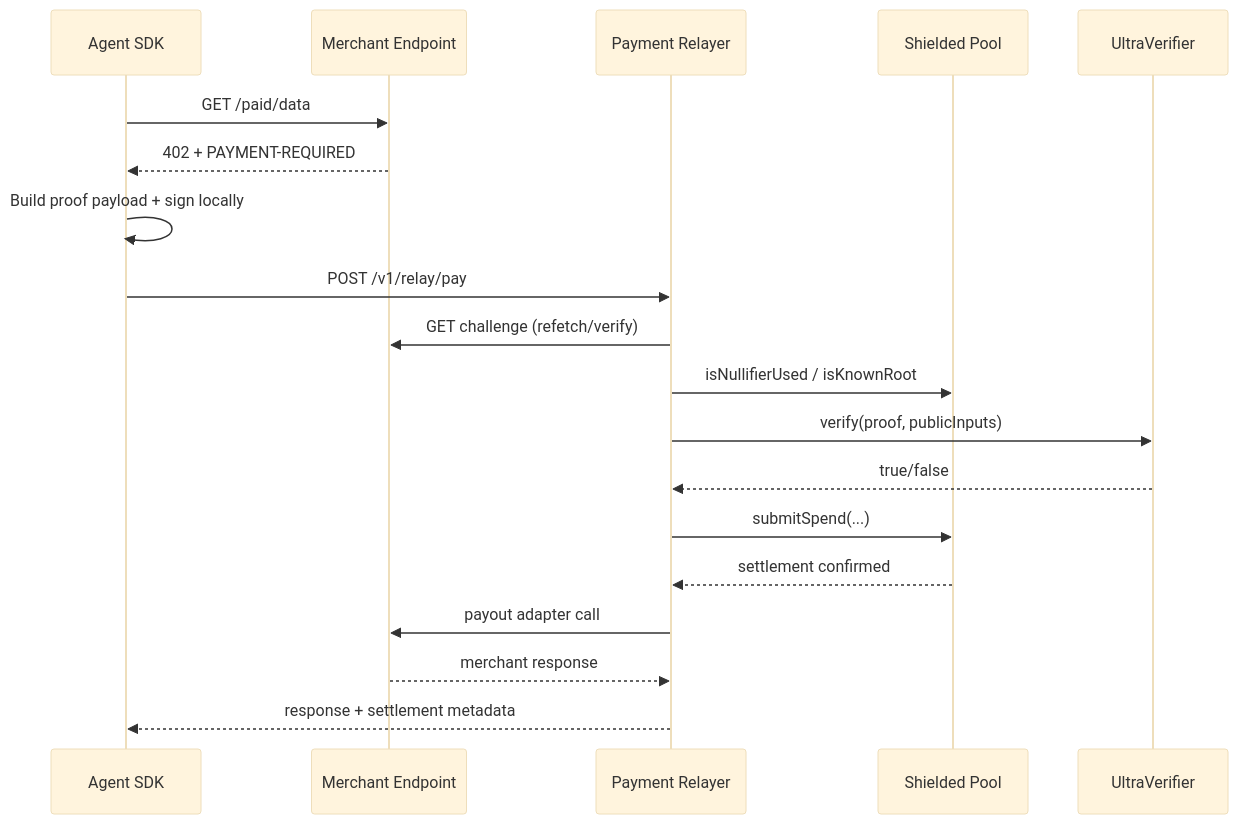
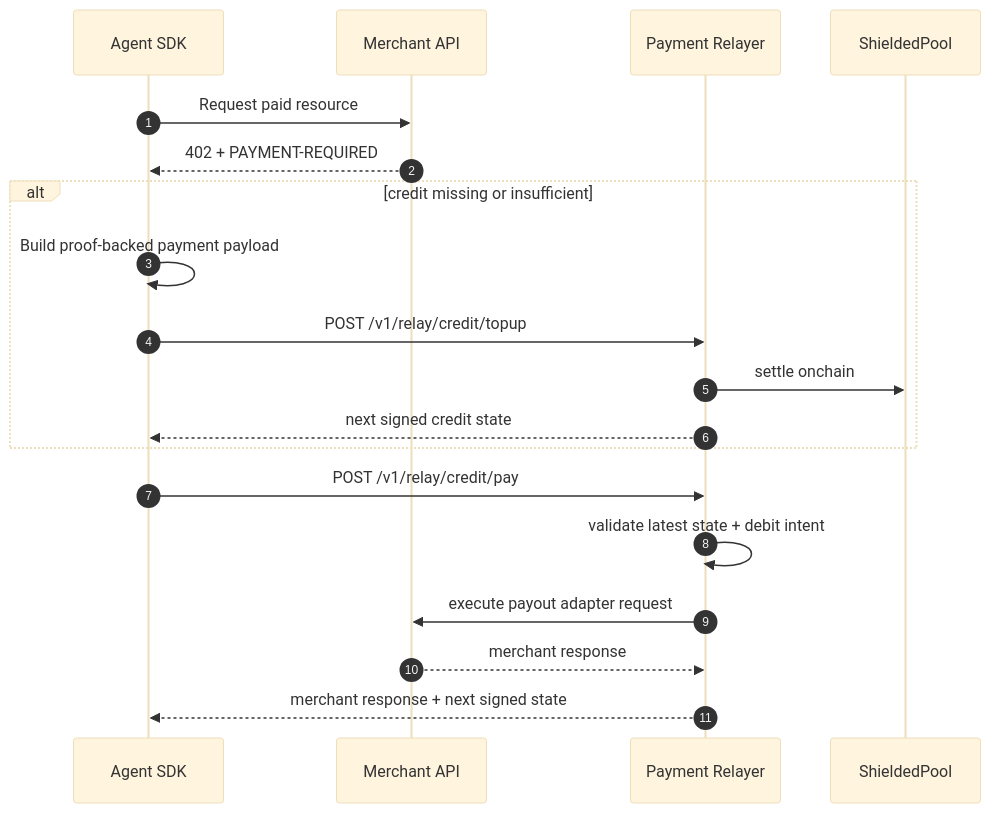
Before and after one commit to nhestrompia/shielded-x402: the diagram in docs/architecture.md, drawn with Mermaid (base theme). The commit also changed other lines of this file and 93 other files, not shown here.

Commit message:
feat: new flow, bug fixes in contract, refactor of codebase

````diff
--- a/docs/architecture.md
+++ b/docs/architecture.md
@@ -56,22 +46,24 @@
 ```mermaid
 sequenceDiagram
+  autonumber
   participant A as Agent SDK
-  participant M as Merchant Endpoint
+  participant M as Merchant API
   participant R as Payment Relayer
-  participant P as Shielded Pool
-  participant V as UltraVerifier
+  participant P as ShieldedPool
 
-  A->>M: GET /paid/data
+  A->>M: Request paid resource
   M-->>A: 402 + PAYMENT-REQUIRED
-  A->>A: Build proof payload + sign locally
-  A->>R: POST /v1/relay/pay
-  R->>M: GET challenge (refetch/verify)
-  R->>P: isNullifierUsed / isKnownRoot
-  R->>V: verify(proof, publicInputs)
-  V-->>R: true/false
-  R->>P: submitSpend(...)
-  P-->>R: settlement confirmed
-  R->>M: payout adapter call
+
+  alt credit missing or insufficient
+    A->>A: Build proof-backed payment payload
+    A->>R: POST /v1/relay/credit/topup
+    R->>P: settle onchain
+    R-->>A: next signed credit state
+  end
+
+  A->>R: POST /v1/relay/credit/pay
+  R->>R: validate latest state + debit intent
+  R->>M: execute payout adapter request
   M-->>R: merchant response
-  R-->>A: response + settlement metadata
+  R-->>A: merchant response + next signed state
 ```
````
